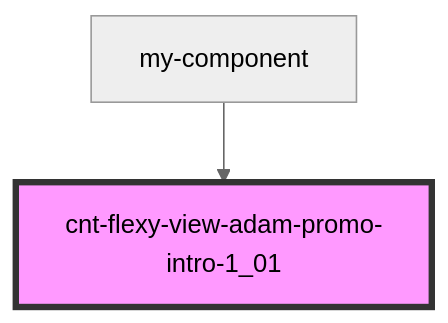
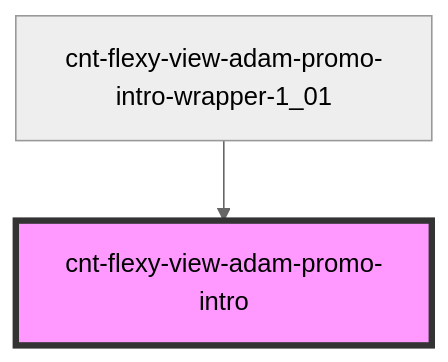
Before and after one commit to almalib/s-promo: the diagram in src/components/cnt-flexy-view-adam-promo-intro-wrapper/res/view/cnt-flexy-view-adam-promo-intro/readme.md, drawn with Mermaid (neutral theme). The commit also changed other lines of this file and 134 other files, not shown here.

````diff
--- a/src/components/cnt-flexy-view-adam-promo-intro-wrapper/res/view/cnt-flexy-view-adam-promo-intro/readme.md
+++ b/src/components/cnt-flexy-view-adam-promo-intro-wrapper/res/view/cnt-flexy-view-adam-promo-intro/readme.md
@@ -22,5 +22,5 @@
 ```mermaid
 graph TD;
-  my-component --> cnt-flexy-view-adam-promo-intro-1_01
-  style cnt-flexy-view-adam-promo-intro-1_01 fill:#f9f,stroke:#333,stroke-width:4px
+  cnt-flexy-view-adam-promo-intro-wrapper-1_01 --> cnt-flexy-view-adam-promo-intro
+  style cnt-flexy-view-adam-promo-intro fill:#f9f,stroke:#333,stroke-width:4px
 ```
````
